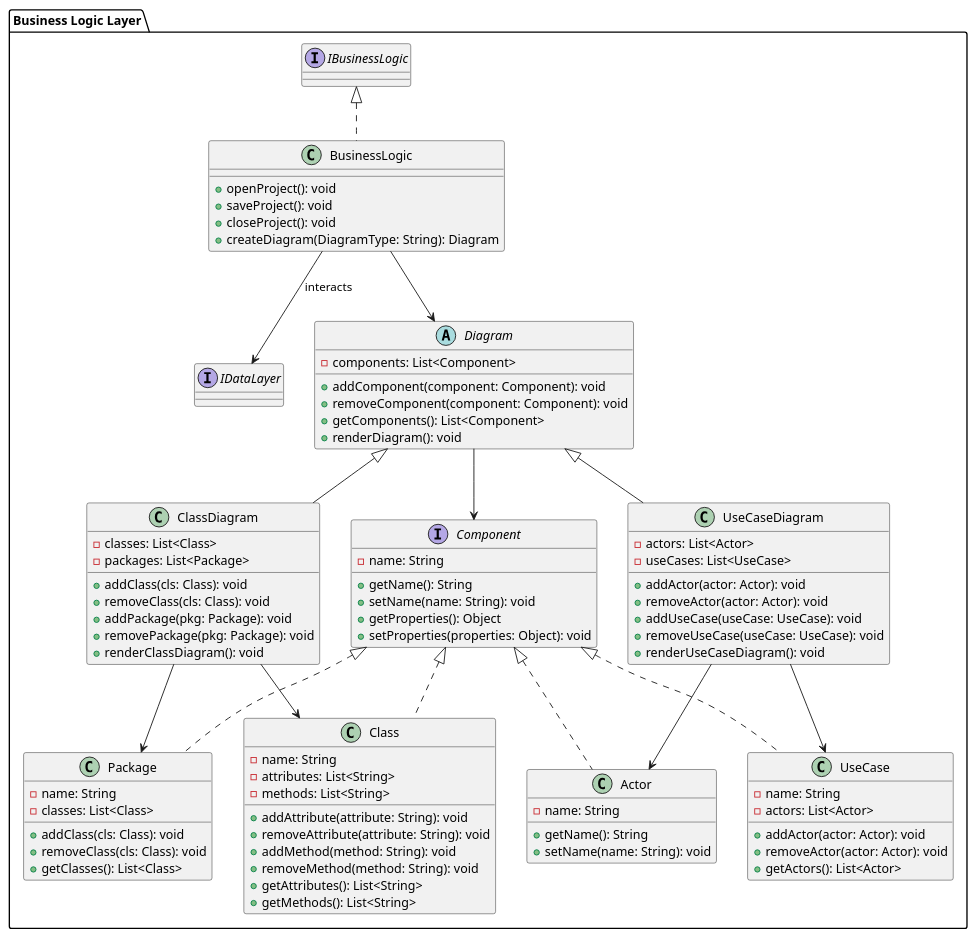
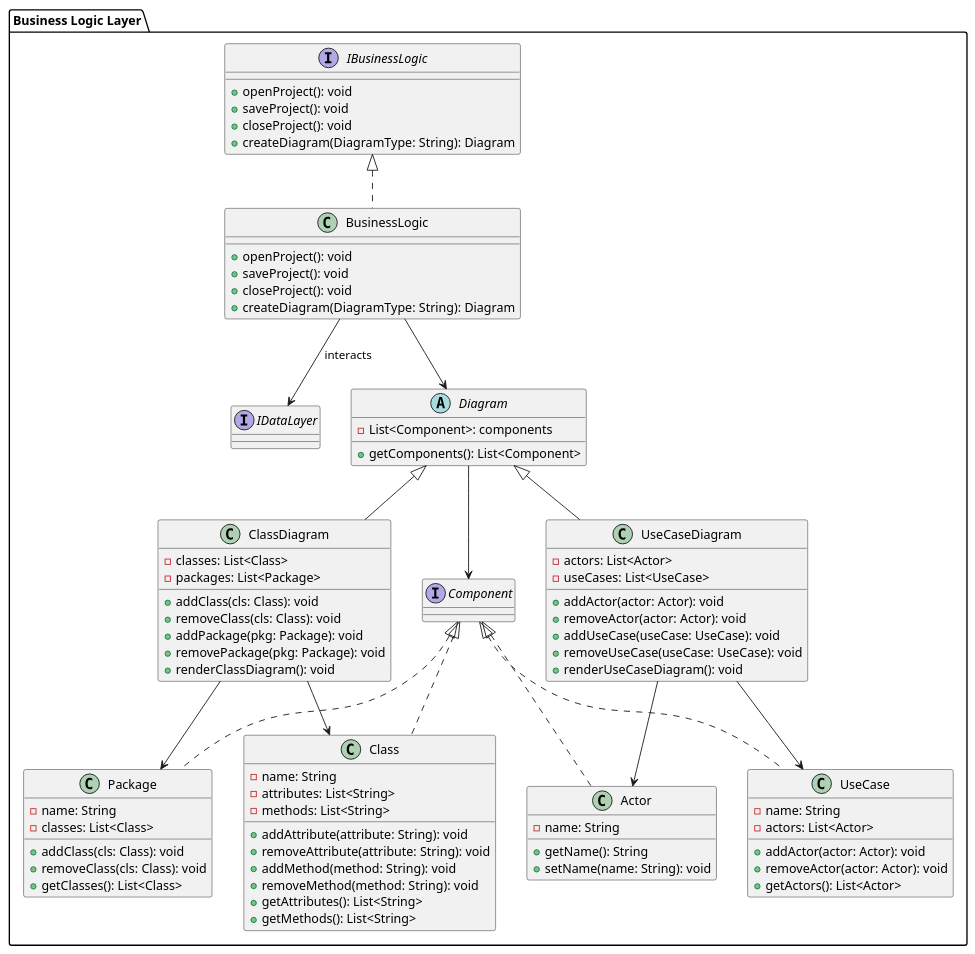
One commit to bilal-os/UML-Editor changed the diagram in Design of the application/BusinessLayer.puml. Above: the diagram before and after it, drawn with PlantUML. The commit also changed 12 other files, not shown here.

```diff
--- a/Design of the application/BusinessLayer.puml
+++ b/Design of the application/BusinessLayer.puml
@@ -1,94 +1,96 @@
 @startuml
 
 package "Business Logic Layer" {
+
+    interface IBusinessLogic{
+        + openProject(): void
+        + saveProject(): void
+        + closeProject(): void
+        + createDiagram(DiagramType: String): Diagram
+
+    }
 
     interface IDataLayer {
     }
 
     class BusinessLogic implements IBusinessLogic {
         + openProject(): void
         + saveProject(): void
         + closeProject(): void
         + createDiagram(DiagramType: String): Diagram
     }
 
     abstract class Diagram {
-        - components: List<Component>
-        + addComponent(component: Component): void
-        + removeComponent(component: Component): void
-        + getComponents(): List<Component>
-        + renderDiagram(): void
+      - List<Component>: components
+      + getComponents(): List<Component>
     }
 
     class ClassDiagram extends Diagram {
         - classes: List<Class>
         - packages: List<Package>
         + addClass(cls: Class): void
         + removeClass(cls: Class): void
         + addPackage(pkg: Package): void
         + removePackage(pkg: Package): void
         + renderClassDiagram(): void
     }
 
     class UseCaseDiagram extends Diagram {
         - actors: List<Actor>
         - useCases: List<UseCase>
         + addActor(actor: Actor): void
         + removeActor(actor: Actor): void
         + addUseCase(useCase: UseCase): void
         + removeUseCase(useCase: UseCase): void
         + renderUseCaseDiagram(): void
     }
 
     interface Component {
-        - name: String
-        + getName(): String
-        + setName(name: String): void
-        + getProperties(): Object
-        + setProperties(properties: Object): void
-    }
+        }
 
     class Class implements Component {
         - name: String
         - attributes: List<String>
         - methods: List<String>
         + addAttribute(attribute: String): void
         + removeAttribute(attribute: String): void
         + addMethod(method: String): void
         + removeMethod(method: String): void
         + getAttributes(): List<String>
         + getMethods(): List<String>
     }
 
     class Package implements Component {
         - name: String
         - classes: List<Class>
         + addClass(cls: Class): void
         + removeClass(cls: Class): void
         + getClasses(): List<Class>
     }
 
     class UseCase implements Component {
         - name: String
         - actors: List<Actor>
         + addActor(actor: Actor): void
         + removeActor(actor: Actor): void
         + getActors(): List<Actor>
     }
 
     class Actor implements Component {
         - name: String
         + getName(): String
         + setName(name: String): void
     }
 
+   
+
     BusinessLogic --> IDataLayer : interacts
     BusinessLogic --> Diagram
     Diagram --> Component
     ClassDiagram --> Class
     ClassDiagram --> Package
     UseCaseDiagram --> Actor
     UseCaseDiagram --> UseCase
 }
 
 @enduml
```
